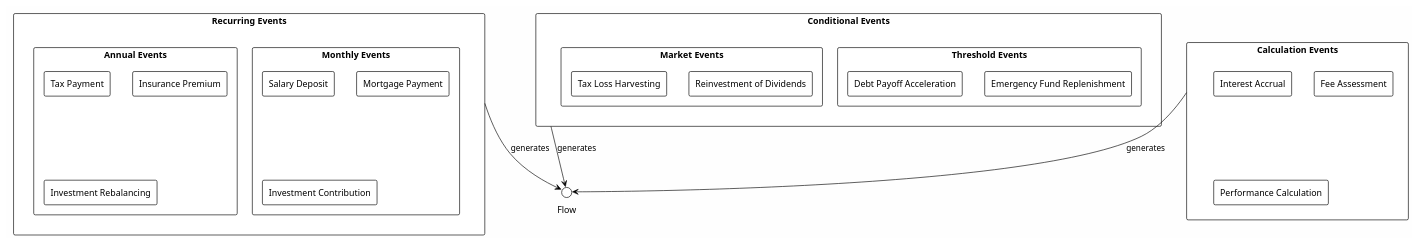
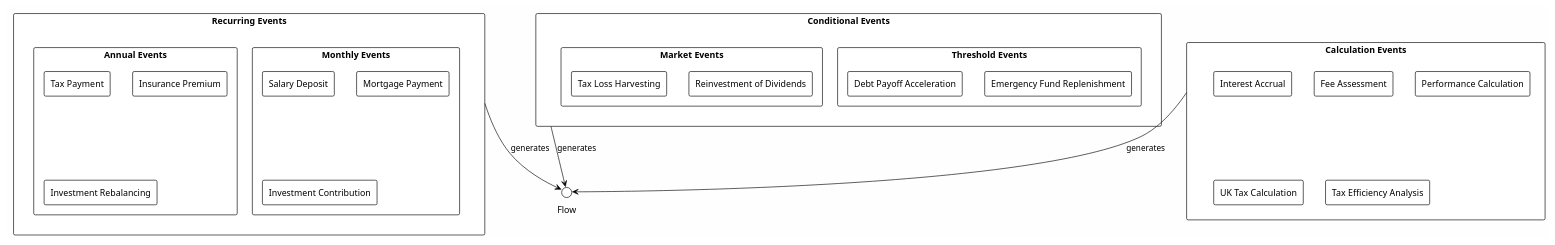
Before and after one commit to andypaul65/RatRace2025: diagram 11 of 16 in RatRace2025/docs/design/entities-and-flows.md, drawn with PlantUML. The commit also changed other lines of this file and 5 other files, not shown here.

````diff
--- a/RatRace2025/docs/design/entities-and-flows.md
+++ b/RatRace2025/docs/design/entities-and-flows.md
@@ -398,40 +416,42 @@
 ```plantuml
 @startuml Event Flow Generation
 !theme plain
 skinparam backgroundColor #FEFEFE
 
 rectangle "Recurring Events" as Recurring {
   rectangle "Monthly Events" as Monthly {
     rectangle "Salary Deposit"
     rectangle "Mortgage Payment"
     rectangle "Investment Contribution"
   }
   rectangle "Annual Events" as Annual {
     rectangle "Tax Payment"
     rectangle "Insurance Premium"
     rectangle "Investment Rebalancing"
   }
 }
 
 rectangle "Conditional Events" as Conditional {
   rectangle "Threshold Events" as Threshold {
     rectangle "Emergency Fund Replenishment"
     rectangle "Debt Payoff Acceleration"
   }
   rectangle "Market Events" as Market {
     rectangle "Reinvestment of Dividends"
     rectangle "Tax Loss Harvesting"
   }
 }
 
 rectangle "Calculation Events" as Calculation {
   rectangle "Interest Accrual"
   rectangle "Fee Assessment"
   rectangle "Performance Calculation"
+  rectangle "UK Tax Calculation"
+  rectangle "Tax Efficiency Analysis"
 }
 
 Recurring --> Flow : generates
 Conditional --> Flow : generates
 Calculation --> Flow : generates
 @enduml
 ```
````
